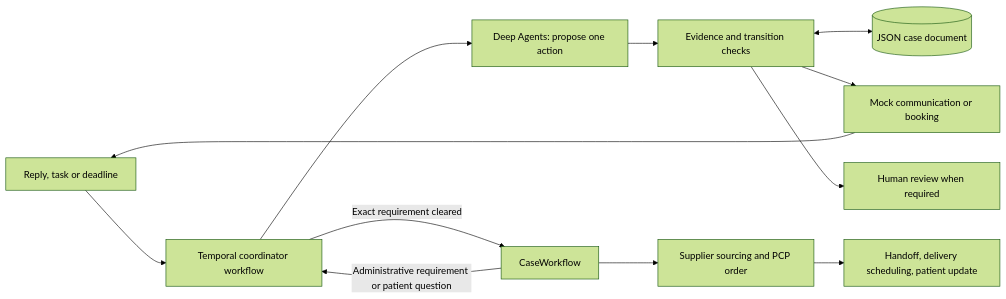
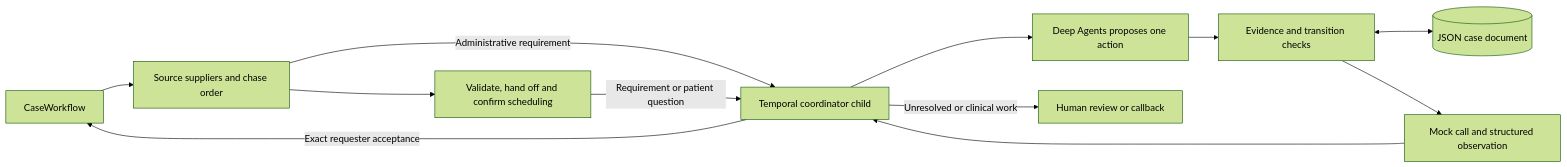
Before and after one commit to ashutosh-iitg/mira-dme-coordination: the diagram in WRITEUP.md, drawn with Mermaid (forest theme). The commit also changed other lines of this file and 5 other files, not shown here.

````diff
--- a/WRITEUP.md
+++ b/WRITEUP.md
@@ -15,14 +9,14 @@
 ```mermaid
 flowchart LR
-    I[Reply, task or deadline] --> T[Temporal coordinator workflow]
-    T --> A[Deep Agents: propose one action]
+    C[CaseWorkflow] --> W[Source suppliers and chase order]
+    W --> F[Validate, hand off and confirm scheduling]
+    W -->|Administrative requirement| T[Temporal coordinator child]
+    F -->|Requirement or patient question| T
+    T --> A[Deep Agents proposes one action]
     A --> G[Evidence and transition checks]
     G <--> J[(JSON case document)]
-    G --> M[Mock communication or booking]
-    M --> I
-    G --> H[Human review when required]
-    D[CaseWorkflow] -->|Administrative requirement or patient question| T
-    D --> P[Supplier sourcing and PCP order]
-    T -->|Exact requirement cleared| D
-    P --> F[Handoff, delivery scheduling, patient update]
+    G --> M[Mock call and structured observation]
+    M --> T
+    T -->|Exact requester acceptance| C
+    T -->|Unresolved or clinical work| H[Human review or callback]
 ```
````
